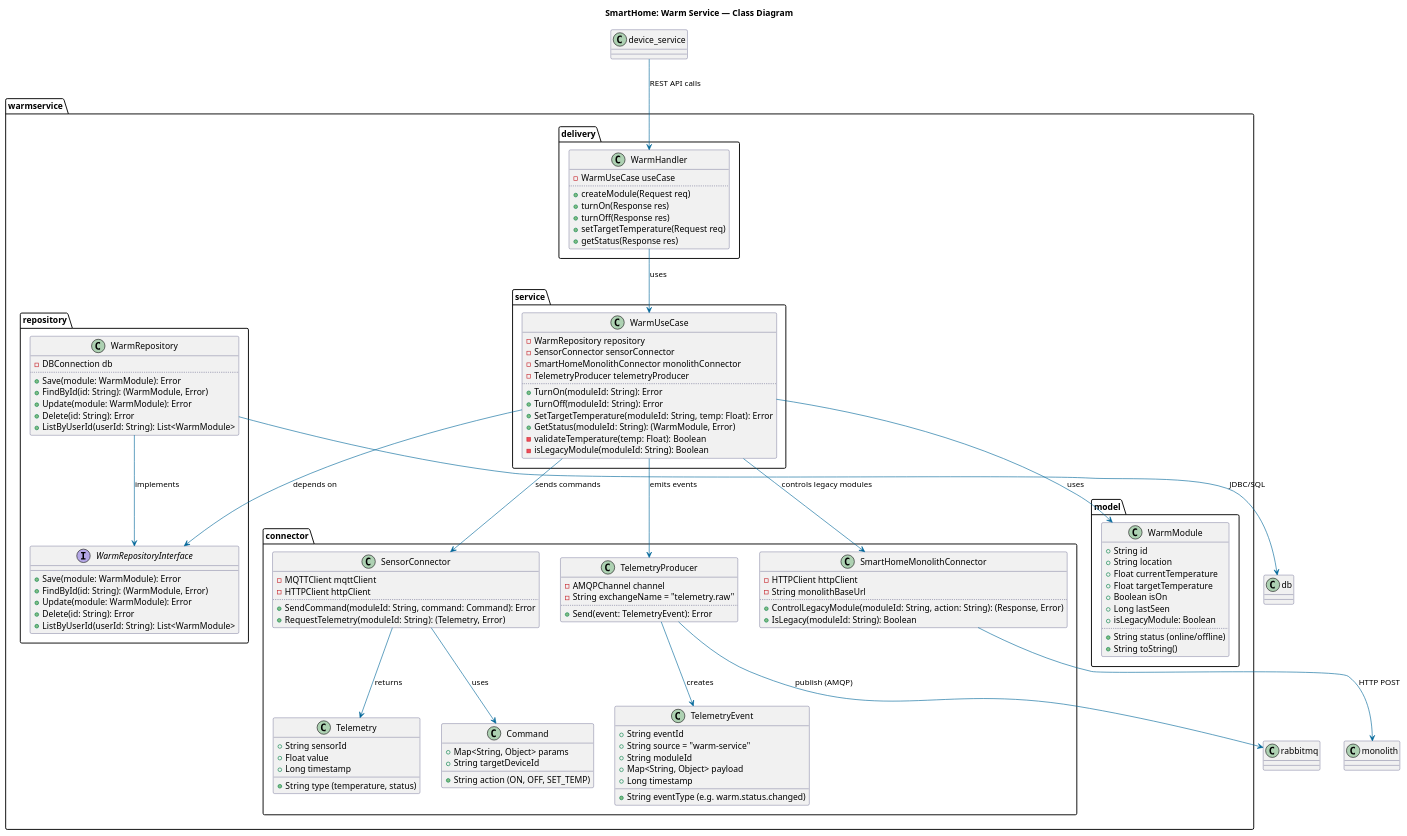
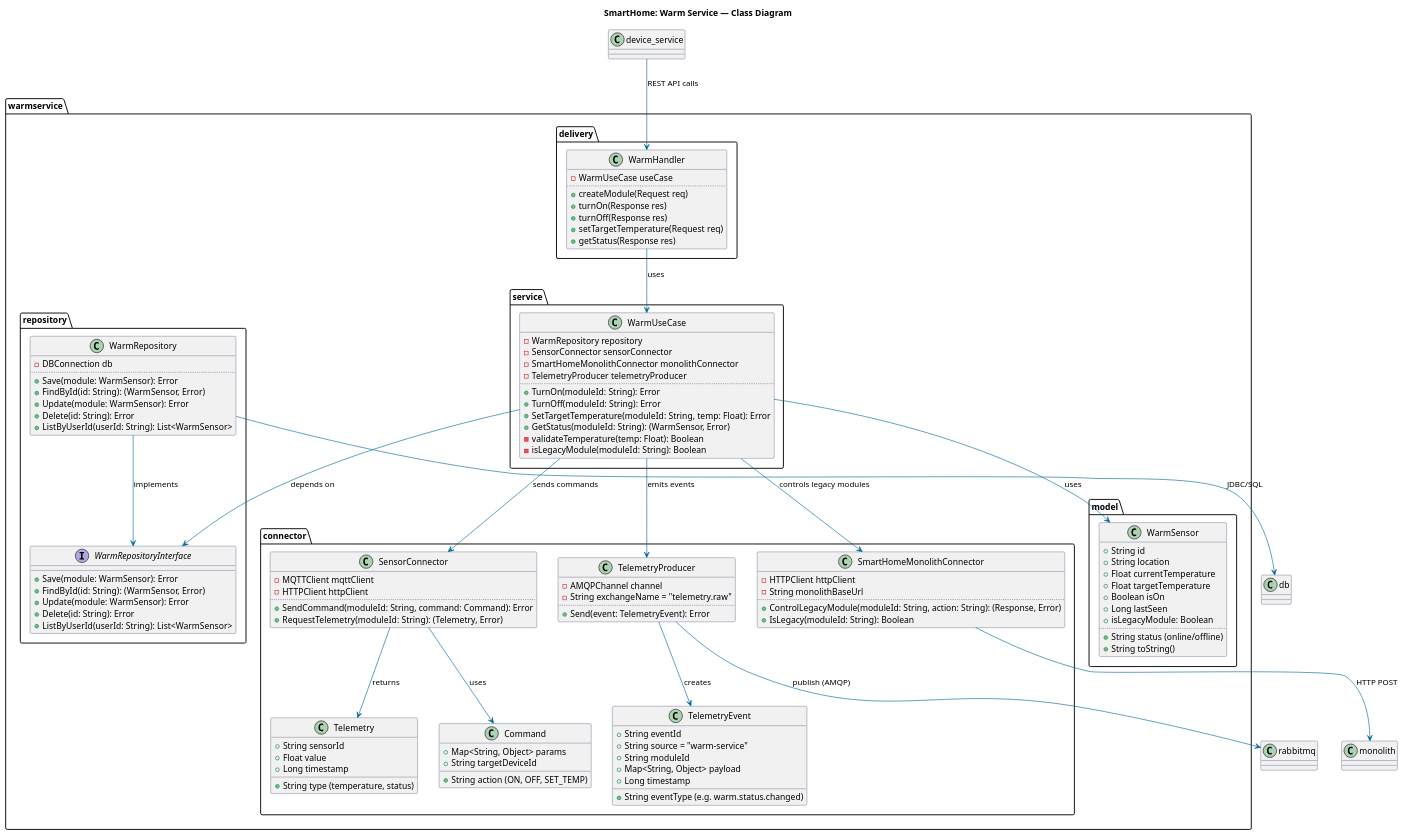
Before and after one commit to oreshkanet/ya-architecture-pro-warmhouse: the diagram in diagrams/code/Code_WarmService.puml, drawn with PlantUML. The commit also changed 35 other files, not shown here.

```diff
--- a/diagrams/code/Code_WarmService.puml
+++ b/diagrams/code/Code_WarmService.puml
@@ -1,147 +1,147 @@
 @startuml Class_WarmService
 title SmartHome: Warm Service — Class Diagram
 
 'allow_mixing
 
 ' === Настройки стиля ===
 skinparam class {
     'BackgroundColor White
     BorderColor #333366
     ArrowColor #006699
     AttributeIconVisibility hidden
 }
 
 ' === Пакеты ===
 package "warmservice" {
   package "model" {
-    class WarmModule {
+    class WarmSensor {
       +String id
       +String location
       +Float currentTemperature
       +Float targetTemperature
       +Boolean isOn
       +Long lastSeen
       +isLegacyModule: Boolean
       ..
       +String status (online/offline)
       +String toString()
     }
   }
 
   package "delivery" {
     class WarmHandler {
       -WarmUseCase useCase
       ..
       +createModule(Request req)
       +turnOn(Response res)
       +turnOff(Response res)
       +setTargetTemperature(Request req)
       +getStatus(Response res)
     }
   }
 
   package "service" {
     class WarmUseCase {
       -WarmRepository repository
       -SensorConnector sensorConnector
       -SmartHomeMonolithConnector monolithConnector
       -TelemetryProducer telemetryProducer
       ..
       +TurnOn(moduleId: String): Error
       +TurnOff(moduleId: String): Error
       +SetTargetTemperature(moduleId: String, temp: Float): Error
-      +GetStatus(moduleId: String): (WarmModule, Error)
+      +GetStatus(moduleId: String): (WarmSensor, Error)
       -validateTemperature(temp: Float): Boolean
       -isLegacyModule(moduleId: String): Boolean
     }
   }
 
   package "repository" {
     interface WarmRepositoryInterface {
-      +Save(module: WarmModule): Error
-      +FindById(id: String): (WarmModule, Error)
-      +Update(module: WarmModule): Error
+      +Save(module: WarmSensor): Error
+      +FindById(id: String): (WarmSensor, Error)
+      +Update(module: WarmSensor): Error
       +Delete(id: String): Error
-      +ListByUserId(userId: String): List<WarmModule>
+      +ListByUserId(userId: String): List<WarmSensor>
     }
 
     class WarmRepository {
       -DBConnection db
       ..
-      +Save(module: WarmModule): Error
-      +FindById(id: String): (WarmModule, Error)
-      +Update(module: WarmModule): Error
+      +Save(module: WarmSensor): Error
+      +FindById(id: String): (WarmSensor, Error)
+      +Update(module: WarmSensor): Error
       +Delete(id: String): Error
-      +ListByUserId(userId: String): List<WarmModule>
+      +ListByUserId(userId: String): List<WarmSensor>
     }
   }
 
   package "connector" {
     class SensorConnector {
       -MQTTClient mqttClient
       -HTTPClient httpClient
       ..
       +SendCommand(moduleId: String, command: Command): Error
       +RequestTelemetry(moduleId: String): (Telemetry, Error)
     }
 
     class SmartHomeMonolithConnector {
       -HTTPClient httpClient
       -String monolithBaseUrl
       ..
       +ControlLegacyModule(moduleId: String, action: String): (Response, Error)
       +IsLegacy(moduleId: String): Boolean
     }
 
     class TelemetryProducer {
       -AMQPChannel channel
       -String exchangeName = "telemetry.raw"
       ..
       +Send(event: TelemetryEvent): Error
     }
 
     class TelemetryEvent {
       +String eventId
       +String eventType (e.g. warm.status.changed)
       +String source = "warm-service"
       +String moduleId
       +Map<String, Object> payload
       +Long timestamp
     }
 
     class Command {
       +String action (ON, OFF, SET_TEMP)
       +Map<String, Object> params
       +String targetDeviceId
     }
 
     class Telemetry {
       +String sensorId
       +Float value
       +String type (temperature, status)
       +Long timestamp
     }
   }
 }
 
 ' Связи между классами
-WarmUseCase --> WarmModule : uses
+WarmUseCase --> WarmSensor : uses
 WarmHandler --> WarmUseCase : uses
 WarmUseCase --> WarmRepositoryInterface : depends on
 WarmRepository --> WarmRepositoryInterface : implements
 WarmRepository --> db : JDBC/SQL
 
 WarmUseCase --> SensorConnector : sends commands
 WarmUseCase --> SmartHomeMonolithConnector : controls legacy modules
 WarmUseCase --> TelemetryProducer : emits events
 
 SensorConnector --> Command : uses
 SensorConnector --> Telemetry : returns
 TelemetryProducer --> TelemetryEvent : creates
 TelemetryProducer --> rabbitmq : publish (AMQP)
 
 SmartHomeMonolithConnector --> monolith : HTTP POST
 
 device_service --> WarmHandler : REST API calls
 
 @enduml
```
